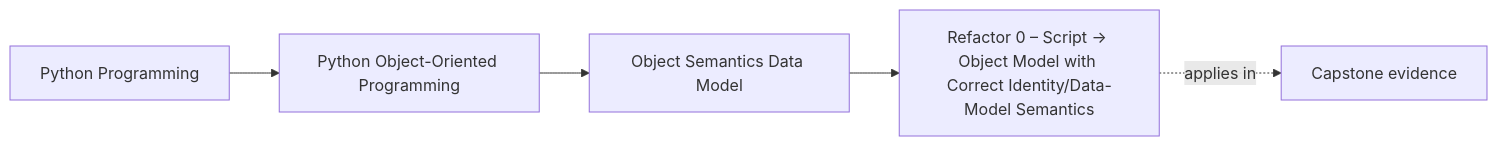
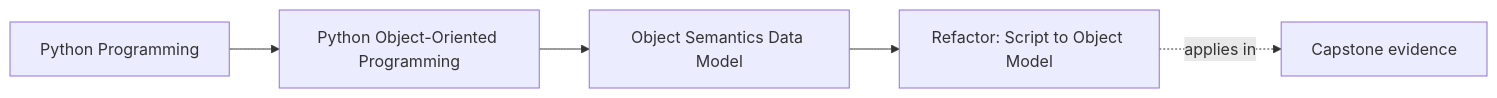
One commit to bijux/bijux-masterclass changed the first of 2 diagrams in programs/python-programming/python-object-oriented-programming/course-book/module-01-object-semantics-data-model/refactor-script-to-object-model.md. Above: the diagram before and after it, drawn with Mermaid. The commit also changed other lines of this file, not shown here.

````diff
--- a/programs/python-programming/python-object-oriented-programming/course-book/module-01-object-semantics-data-model/refactor-script-to-object-model.md
+++ b/programs/python-programming/python-object-oriented-programming/course-book/module-01-object-semantics-data-model/refactor-script-to-object-model.md
@@ -7,11 +6,11 @@
 ```mermaid
 graph LR
   family["Python Programming"]
   program["Python Object-Oriented Programming"]
   section["Object Semantics Data Model"]
-  page["Refactor 0 – Script → Object Model with Correct Identity/Data-Model Semantics"]
+  page["Refactor: Script to Object Model"]
   capstone["Capstone evidence"]
 
   family --> program --> section --> page
   page -.applies in.-> capstone
 ```
````
